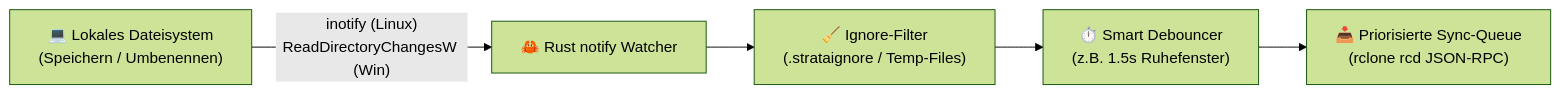
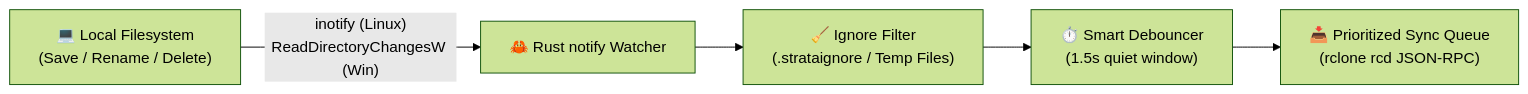
Before and after one commit to SolidStateNetwork/Strata: the diagram in architecture/03-sync-and-mirror-modes.md, drawn with Mermaid (forest theme). The commit also changed other lines of this file and 28 other files, not shown here.

````diff
--- a/architecture/03-sync-and-mirror-modes.md
+++ b/architecture/03-sync-and-mirror-modes.md
@@ -43,7 +43,7 @@
 ```mermaid
 flowchart LR
-    FS["💻 Lokales Dateisystem\n(Speichern / Umbenennen)"] -->|"inotify (Linux)\nReadDirectoryChangesW (Win)"| Watcher["🦀 Rust notify Watcher"]
-    Watcher --> Filter["🧹 Ignore-Filter\n(.strataignore / Temp-Files)"]
-    Filter --> Debounce["⏱️ Smart Debouncer\n(z.B. 1.5s Ruhefenster)"]
-    Debounce --> Queue["📥 Priorisierte Sync-Queue\n(rclone rcd JSON-RPC)"]
+    FS["💻 Local Filesystem\n(Save / Rename / Delete)"] -->|"inotify (Linux)\nReadDirectoryChangesW (Win)"| Watcher["🦀 Rust notify Watcher"]
+    Watcher --> Filter["🧹 Ignore Filter\n(.strataignore / Temp Files)"]
+    Filter --> Debounce["⏱️ Smart Debouncer\n(1.5s quiet window)"]
+    Debounce --> Queue["📥 Prioritized Sync Queue\n(rclone rcd JSON-RPC)"]
 ```
````
